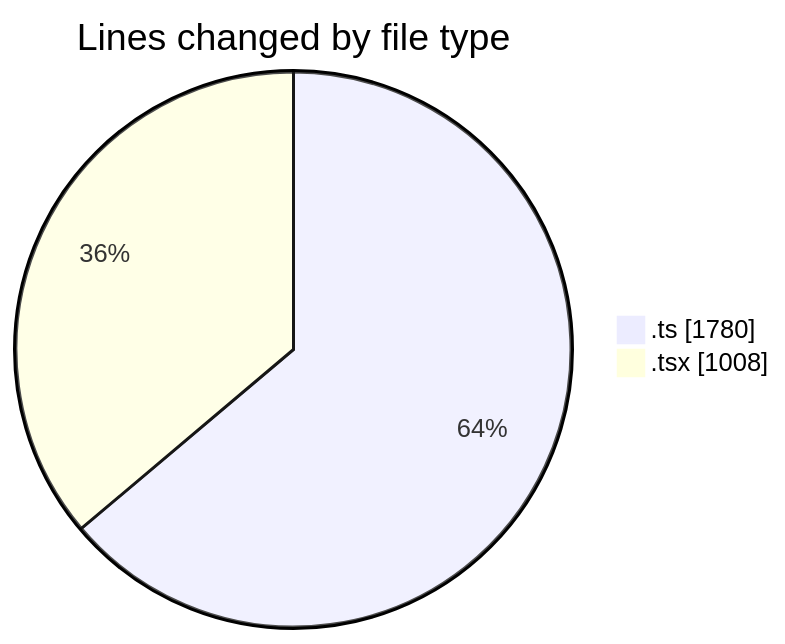
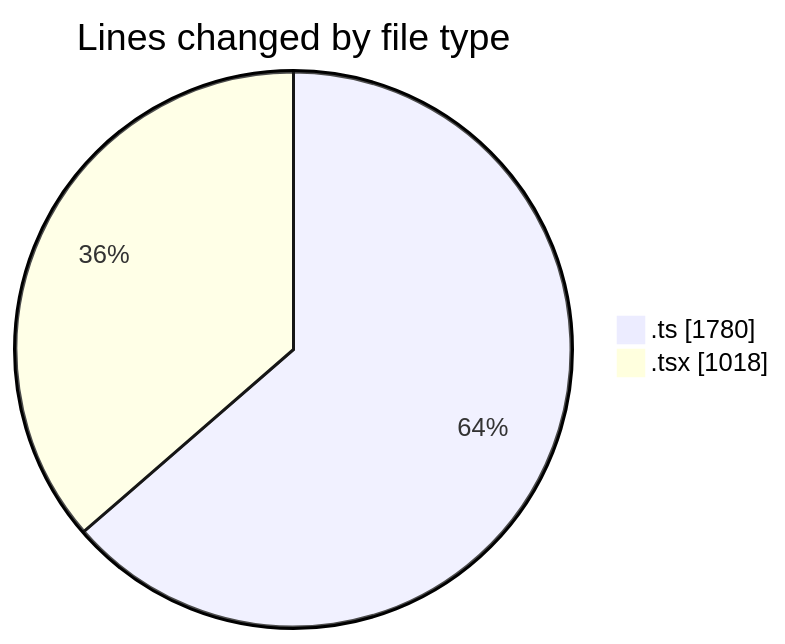
The first of 2 diagrams in 2025-06-22/archive/README.md (JenPaints/code-tracking), drawn with Mermaid before and after one commit. The commit also changed other lines of this file and 1 other file, not shown here.

````diff
--- a/2025-06-22/archive/README.md
+++ b/2025-06-22/archive/README.md
@@ -26,6 +26,6 @@
 ```mermaid
 pie showData
 title Lines changed by file type
 ".ts" : 1780
-".tsx" : 1008
+".tsx" : 1018
 ```
````
